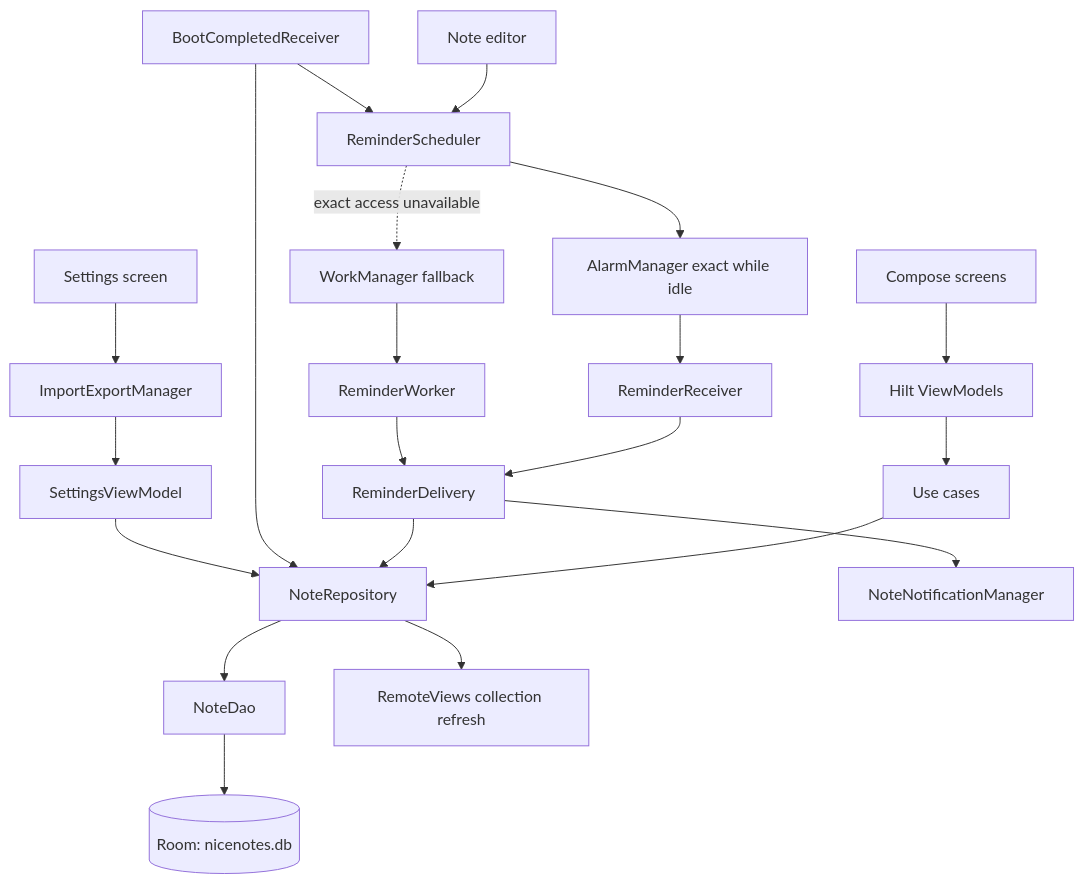
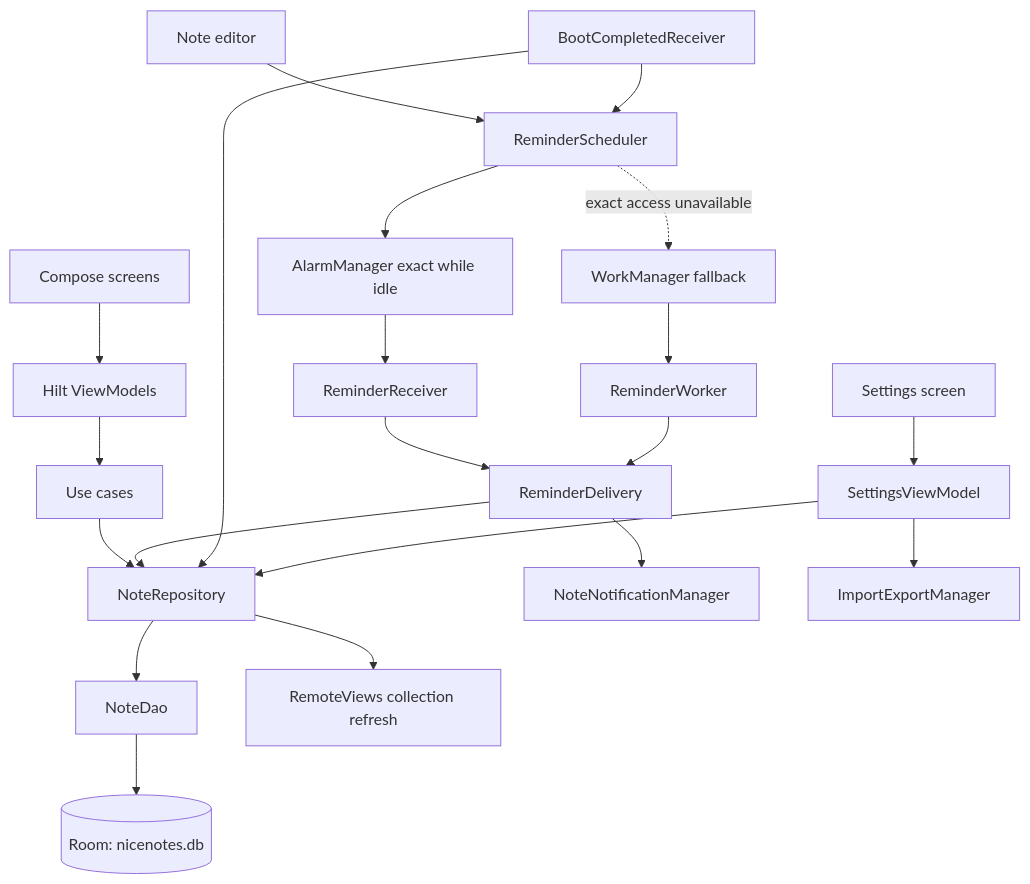
One commit to loudbyte/nice-notes changed the diagram in PROJECT_BLUEPRINT.md. Above: the diagram before and after it, drawn with Mermaid. The commit also changed other lines of this file and 10 other files, not shown here.

````diff
--- a/PROJECT_BLUEPRINT.md
+++ b/PROJECT_BLUEPRINT.md
@@ -52,23 +51,23 @@
 ```mermaid
 flowchart TD
     UI[Compose screens] --> VM[Hilt ViewModels]
     VM --> UC[Use cases]
     UC --> Repo[NoteRepository]
     Repo --> DAO[NoteDao]
     DAO --> DB[(Room: nicenotes.db)]
     Repo --> Widget[RemoteViews collection refresh]
     Editor[Note editor] --> Scheduler[ReminderScheduler]
     Scheduler --> Alarm[AlarmManager exact while idle]
     Alarm --> Receiver[ReminderReceiver]
     Scheduler -. exact access unavailable .-> WM[WorkManager fallback]
     WM --> Worker[ReminderWorker]
     Receiver --> Delivery[ReminderDelivery]
     Worker --> Delivery
     Delivery --> Repo
     Delivery --> Notify[NoteNotificationManager]
     Boot[BootCompletedReceiver] --> Repo
     Boot --> Scheduler
-    Settings[Settings screen] --> IE[ImportExportManager]
-    IE --> SettingsVM[SettingsViewModel]
+    Settings[Settings screen] --> SettingsVM[SettingsViewModel]
     SettingsVM --> Repo
+    SettingsVM --> IE[ImportExportManager]
 ```
````
